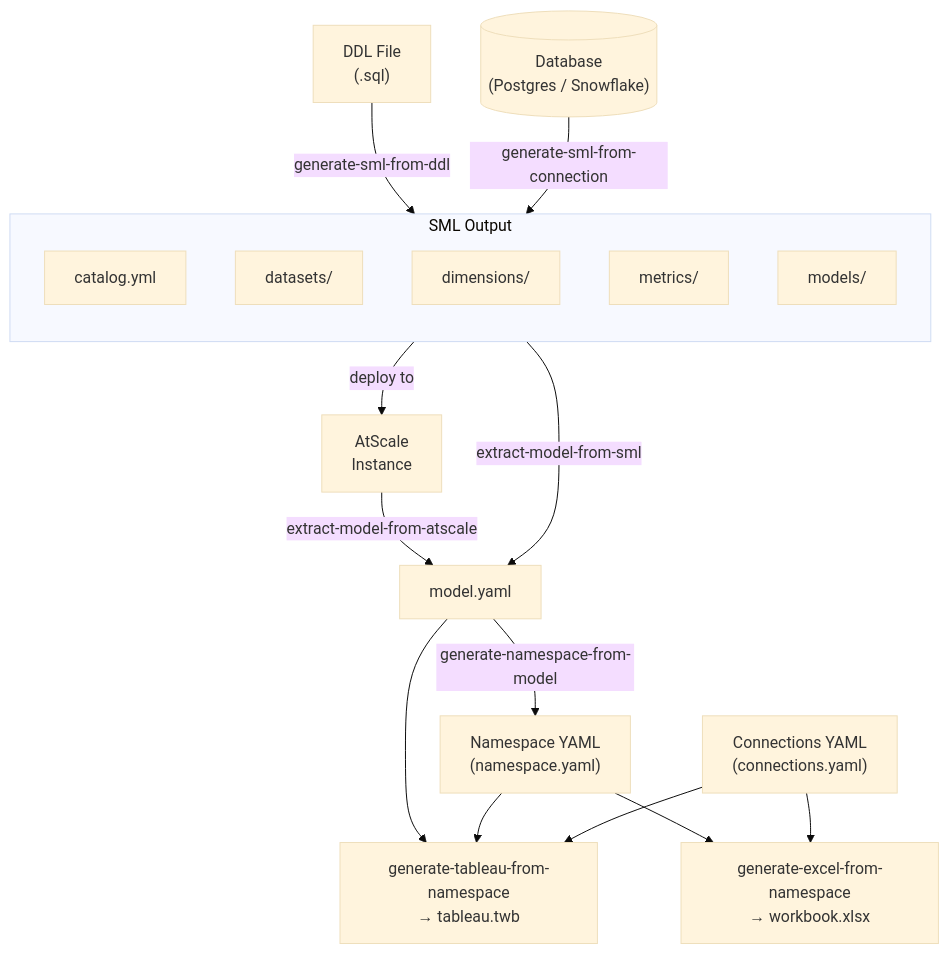
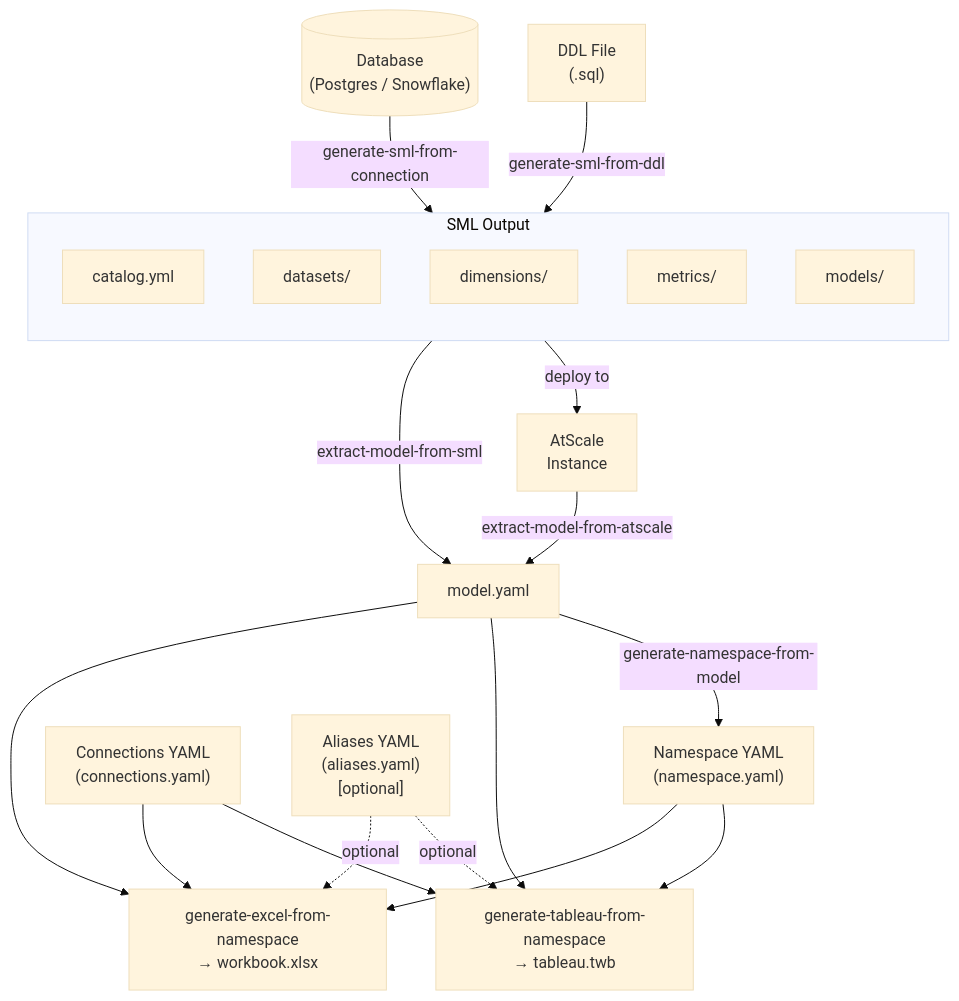
Before and after one commit to AtScaleInc/ps-utils: the diagram in README.md, drawn with Mermaid (base theme). The commit also changed other lines of this file and 7 other files, not shown here.

````diff
--- a/README.md
+++ b/README.md
@@ -19,33 +19,37 @@
 ```mermaid
 flowchart TD
     DDL["DDL File\n(.sql)"]
     DB[("Database\n(Postgres / Snowflake)")]
     ATS["AtScale\nInstance"]
     NS["Namespace YAML\n(namespace.yaml)"]
     CONN["Connections YAML\n(connections.yaml)"]
+    ALIASES["Aliases YAML\n(aliases.yaml)\n[optional]"]
 
     DDL -->|generate-sml-from-ddl| SML
     DB  -->|generate-sml-from-connection| SML
 
     subgraph SML["SML Output"]
         direction TB
         catalog["catalog.yml"]
         datasets["datasets/"]
         dims["dimensions/"]
         metrics["metrics/"]
         models["models/"]
     end
 
     SML -->|deploy to| ATS
     ATS -->|extract-model-from-atscale| MODEL["model.yaml"]
     SML -->|extract-model-from-sml| MODEL
 
     MODEL -->|generate-namespace-from-model| NS
     MODEL --> TWB
+    MODEL --> XLSX
     NS    --> TWB
     NS    --> XLSX
     CONN  --> TWB
     CONN  --> XLSX
+    ALIASES -.->|optional| TWB
+    ALIASES -.->|optional| XLSX
     TWB["generate-tableau-from-namespace\n→ tableau.twb"]
     XLSX["generate-excel-from-namespace\n→ workbook.xlsx"]
 ```
````
